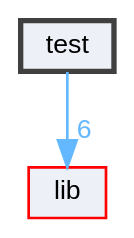
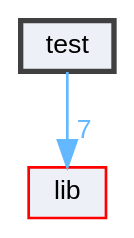
One commit to helcsnewsxd/gsc-interpreter changed the diagram in dir_13e138d54eb8818da29c3992edef070a_dep.dot. Above: the diagram before and after it, drawn with Graphviz. The commit also changed 60 other files, not shown here.

```diff
--- a/dir_13e138d54eb8818da29c3992edef070a_dep.dot
+++ b/dir_13e138d54eb8818da29c3992edef070a_dep.dot
@@ -1,11 +1,11 @@
 digraph "test"
 {
  // LATEX_PDF_SIZE
   bgcolor="transparent";
   edge [fontname=Helvetica,fontsize=10,labelfontname=Helvetica,labelfontsize=10];
   node [fontname=Helvetica,fontsize=10,shape=box,height=0.2,width=0.4];
   compound=true
   dir_13e138d54eb8818da29c3992edef070a [label="test", fillcolor="#edf0f7", color="grey25", style="filled,bold", URL="dir_13e138d54eb8818da29c3992edef070a.html",tooltip=""];
   dir_97aefd0d527b934f1d99a682da8fe6a9 [label="lib", fillcolor="#edf0f7", color="red", style="filled", URL="dir_97aefd0d527b934f1d99a682da8fe6a9.html",tooltip=""];
-  dir_13e138d54eb8818da29c3992edef070a->dir_97aefd0d527b934f1d99a682da8fe6a9 [headlabel="6", labeldistance=1.5 headhref="dir_000005_000003.html" href="dir_000005_000003.html" color="steelblue1" fontcolor="steelblue1"];
+  dir_13e138d54eb8818da29c3992edef070a->dir_97aefd0d527b934f1d99a682da8fe6a9 [headlabel="7", labeldistance=1.5 headhref="dir_000006_000004.html" href="dir_000006_000004.html" color="steelblue1" fontcolor="steelblue1"];
 }
```
